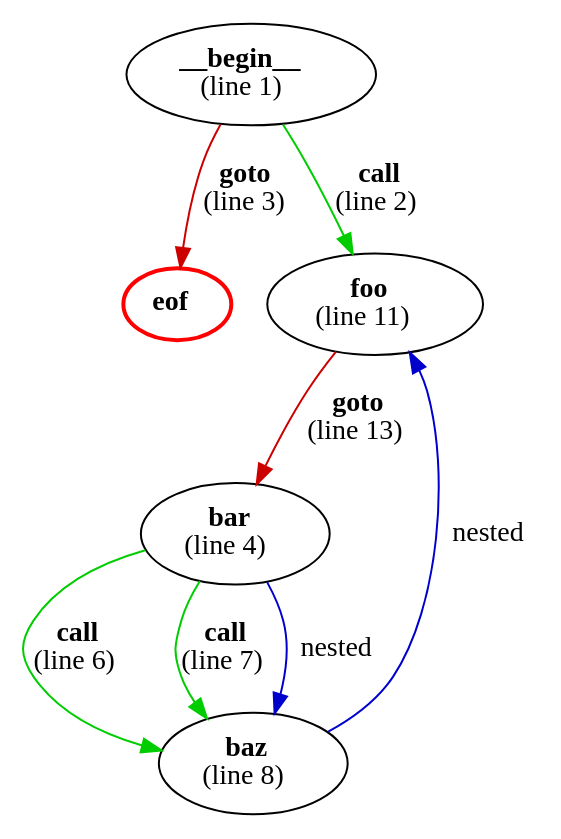
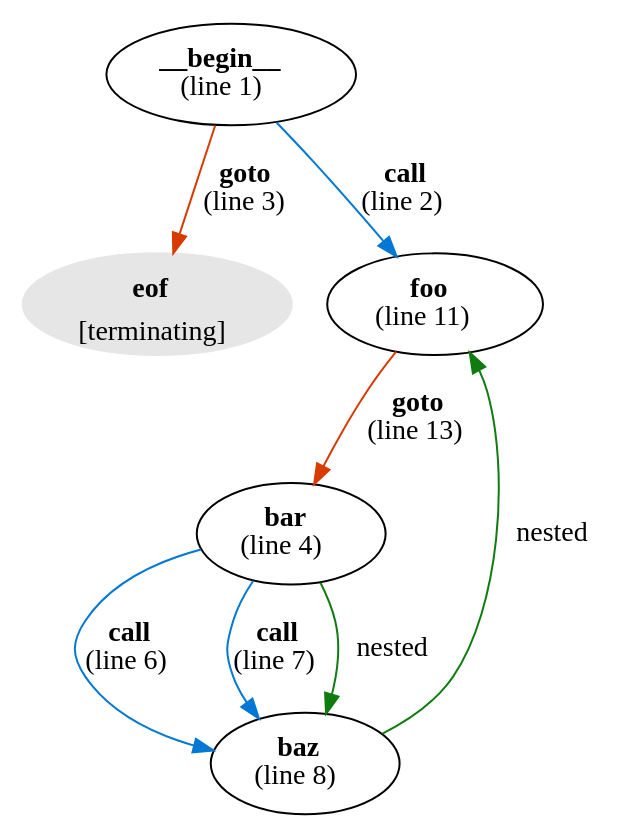
The diagram in examples/example1.dot (microsoft/cmd-call-graph), drawn with Graphviz before and after one commit. The commit also changed 7 other files, not shown here.

```diff
--- a/examples/example1.dot
+++ b/examples/example1.dot
@@ -1,14 +1,14 @@
 digraph g {
 "__begin__" [label=<<b>__begin__</b><br/>(line 1)>]
-"__begin__" -> "eof" [label=<<b>goto</b><br />(line 3)>,color=red3]
-"__begin__" -> "foo" [label=<<b>call</b><br />(line 2)>,color=green3]
+"__begin__" -> "eof" [label=<<b>goto</b><br />(line 3)>,color="#d83b01"]
+"__begin__" -> "foo" [label=<<b>call</b><br />(line 2)>,color="#0078d4"]
 "bar" [label=<<b>bar</b><br/>(line 4)>]
-"bar" -> "baz" [label=<<b>call</b><br />(line 6)>,color=green3]
-"bar" -> "baz" [label=<<b>call</b><br />(line 7)>,color=green3]
-"bar" -> "baz" [label=nested,color=blue3]
+"bar" -> "baz" [label=<<b>call</b><br />(line 6)>,color="#0078d4"]
+"bar" -> "baz" [label=<<b>call</b><br />(line 7)>,color="#0078d4"]
+"bar" -> "baz" [label=" nested",color="#107c10"]
 "baz" [label=<<b>baz</b><br/>(line 8)>]
-"baz" -> "foo" [label=nested,color=blue3]
-"eof" [label=<<b>eof</b>>,color=red,penwidth=2]
+"baz" -> "foo" [label=" nested",color="#107c10"]
+"eof" [color="#e6e6e6",style=filled,label=<<b>eof</b><br/><sub>[terminating]</sub>>]
 "foo" [label=<<b>foo</b><br/>(line 11)>]
-"foo" -> "bar" [label=<<b>goto</b><br />(line 13)>,color=red3]
+"foo" -> "bar" [label=<<b>goto</b><br />(line 13)>,color="#d83b01"]
 }
```
